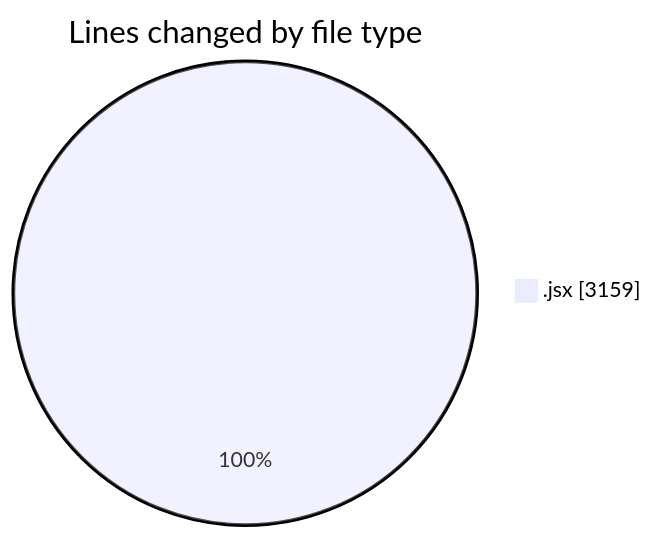
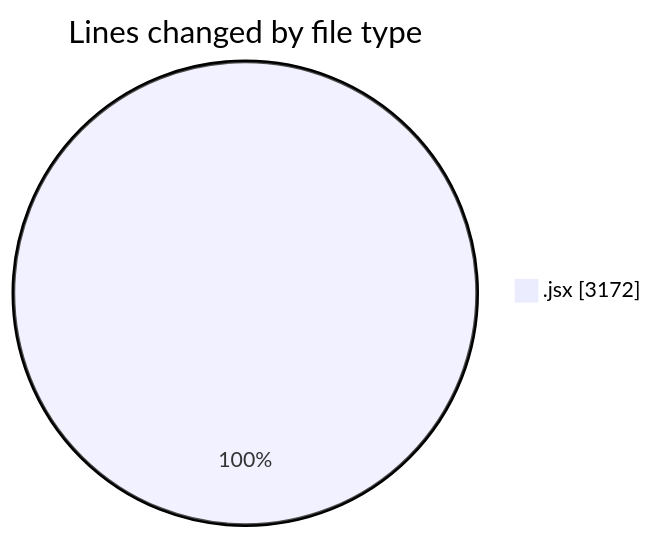
The first of 2 diagrams in 2025-05-12/argos-dev/README.md (nxtqubesakshisongat/code-tracking), drawn with Mermaid before and after one commit. The commit also changed other lines of this file and 1 other file, not shown here.

````diff
--- a/2025-05-12/argos-dev/README.md
+++ b/2025-05-12/argos-dev/README.md
@@ -26,5 +26,5 @@
 ```mermaid
 pie showData
 title Lines changed by file type
-".jsx" : 3159
+".jsx" : 3172
 ```
````
